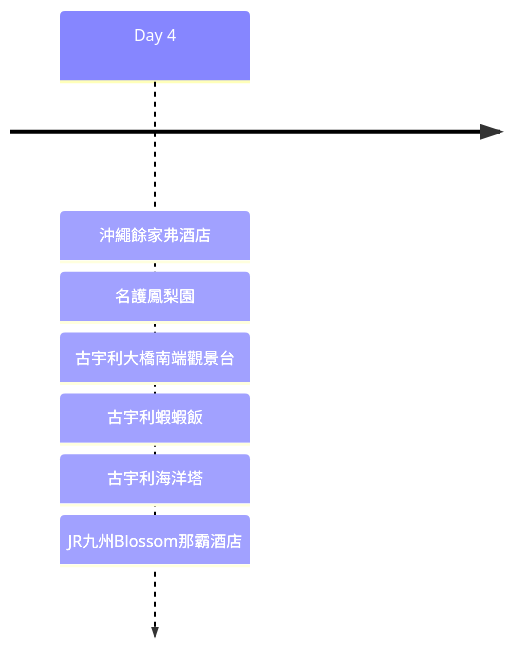
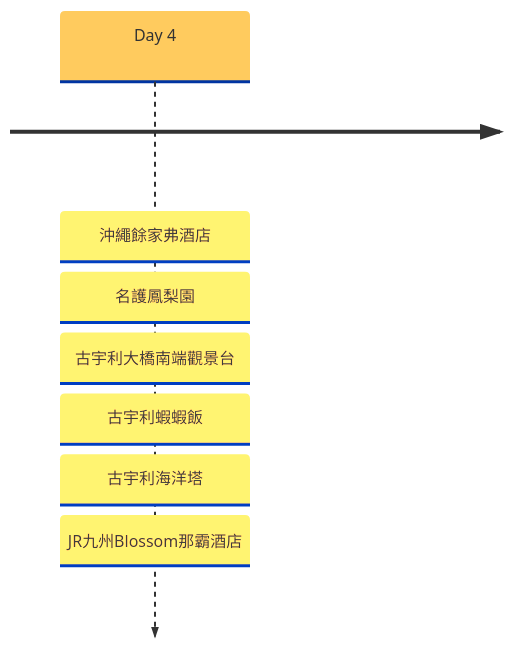
Before and after one commit to wilder640/trip: the fourth of 12 diagrams in docs/blog/posts/okinawa/okinawa-2024-12/okinawa-2024-12.md, drawn with Mermaid. The commit also changed other lines of this file and 4 other files, not shown here.

````diff
--- a/docs/blog/posts/okinawa/okinawa-2024-12/okinawa-2024-12.md
+++ b/docs/blog/posts/okinawa/okinawa-2024-12/okinawa-2024-12.md
@@ -56,4 +58,5 @@
     ``` mermaid
+    %%{init: { 'logLevel': 'debug', 'theme': 'base' } }%%
     timeline
         Day 4 : 沖繩餘家弗酒店 : 名護鳳梨園 : 古宇利大橋南端觀景台 : 古宇利蝦蝦飯 : 古宇利海洋塔 : JR九州Blossom那霸酒店
     ```
````
